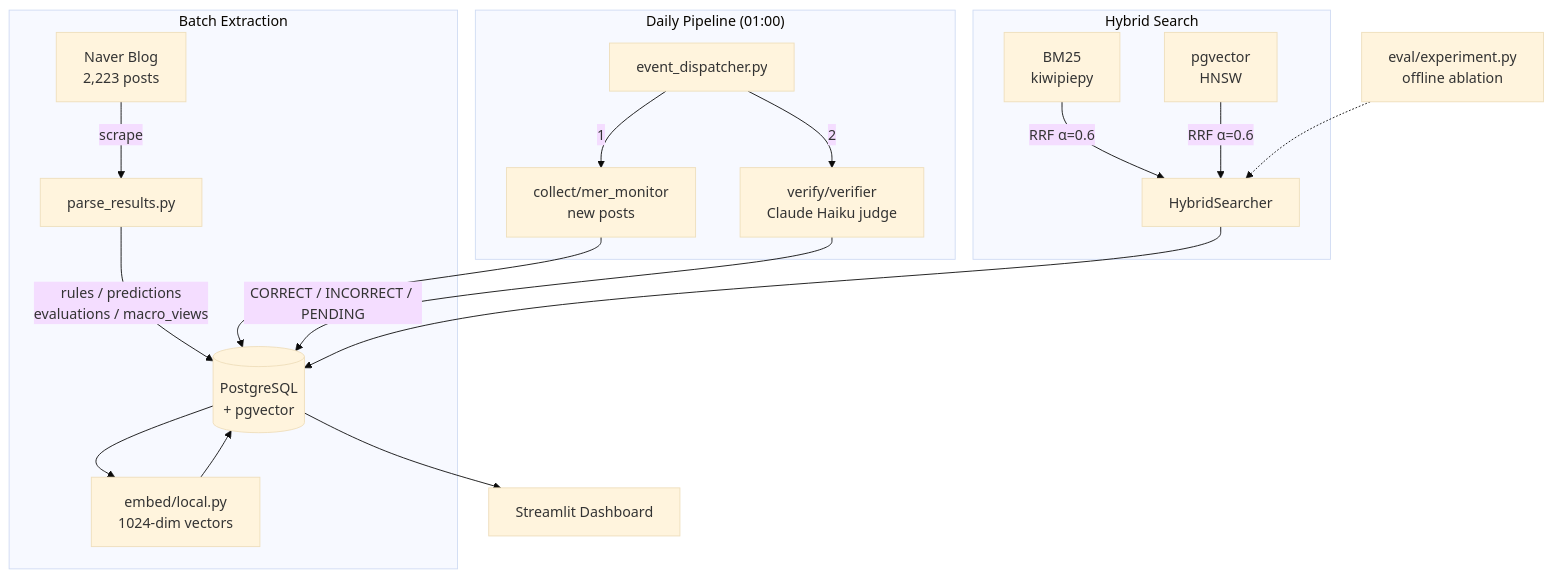
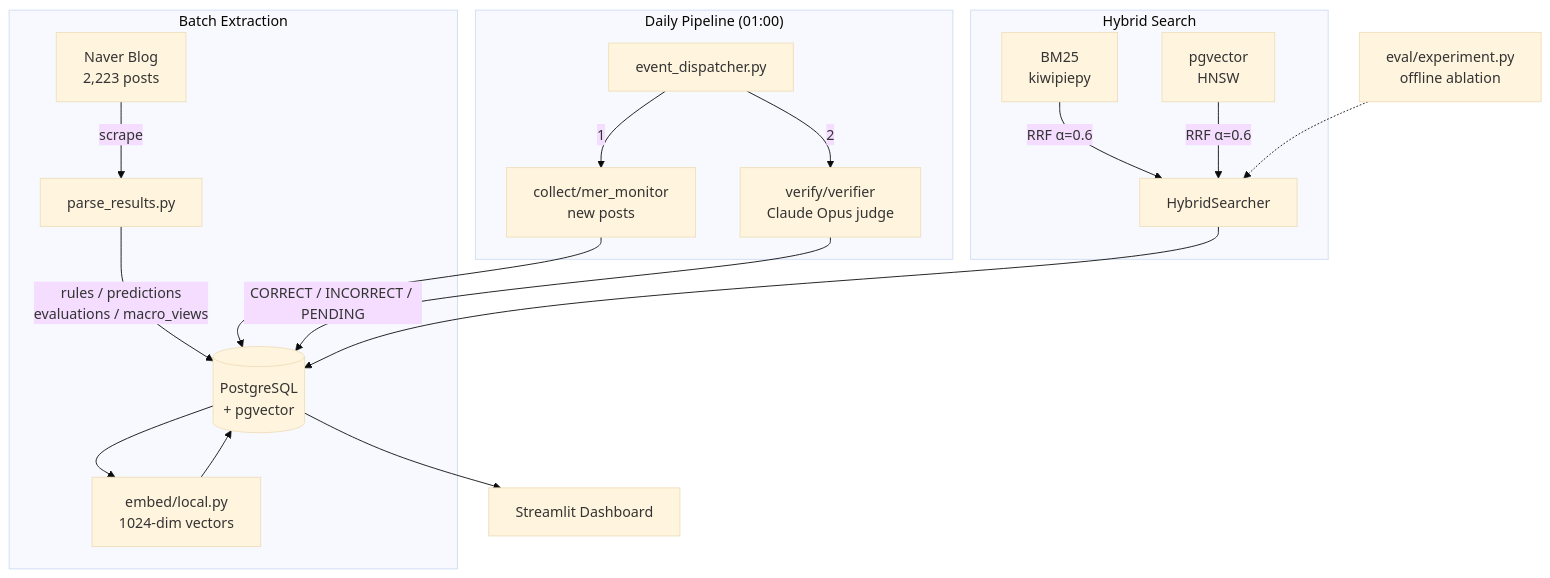
One commit to 11e3/mer-insight-pipeline changed the diagram in README.md. Above: the diagram before and after it, drawn with Mermaid (base theme). The commit also changed other lines of this file and 6 other files, not shown here.

First line of the commit message:
Switch prediction verifier from Haiku to Opus 4.6

````diff
--- a/README.md
+++ b/README.md
@@ -13,26 +13,26 @@
 ```mermaid
 flowchart TD
     subgraph Batch Extraction
         A[Naver Blog<br>2,223 posts] -->|scrape| B[parse_results.py]
         B -->|rules / predictions<br>evaluations / macro_views| C[(PostgreSQL<br>+ pgvector)]
         C --> EMB[embed/local.py<br>1024-dim vectors]
         EMB --> C
     end
 
     subgraph "Daily Pipeline (01:00)"
         ED[event_dispatcher.py] -->|1| MER[collect/mer_monitor<br>new posts]
-        ED -->|2| PV[verify/verifier<br>Claude Haiku judge]
+        ED -->|2| PV[verify/verifier<br>Claude Opus judge]
         MER --> C
         PV -->|CORRECT / INCORRECT / PENDING| C
     end
 
     subgraph Hybrid Search
         HS1[BM25<br>kiwipiepy] & HS2[pgvector<br>HNSW] -->|RRF α=0.6| HS3[HybridSearcher]
     end
 
     HS3 --> C
 
     C --> Q[Streamlit Dashboard]
 
     EV[eval/experiment.py<br>offline ablation] -.-> HS3
 ```
````
